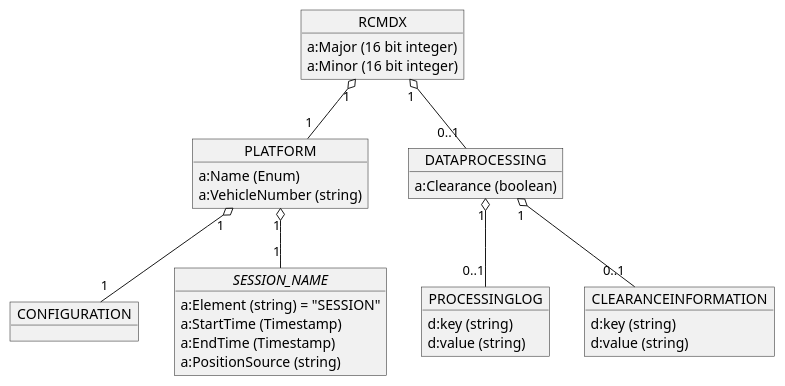
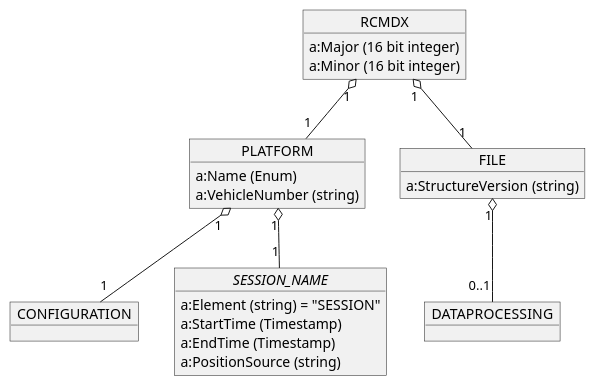
The second of 14 diagrams in images/rcm-dx-images.puml (OpenRailAssociation/rcm-dx), drawn with PlantUML before and after one commit. The commit also changed other lines of this file and 2 other files, not shown here.

Commit message:
Add proposed changes to Processing and Clearance

```diff
--- a/images/rcm-dx-images.puml
+++ b/images/rcm-dx-images.puml
@@ -43,43 +43,34 @@
 @startuml rcmdx_root_group
 
   object RCMDX {
     a:Major (16 bit integer)
     a:Minor (16 bit integer)
   }
-  
+ 
   object PLATFORM {
     a:Name (Enum)
     a:VehicleNumber (string)
   }
-
   RCMDX "1" o-- "1" PLATFORM
 
+  object FILE {
+    a:StructureVersion (string)
+  }
+  RCMDX "1" o-- "1" FILE
+
   object DATAPROCESSING {
-    a:Clearance (boolean)
   }
-  RCMDX "1" o-- "0..1" DATAPROCESSING
-
- object PROCESSINGLOG {
-    d:key (string)
-    d:value (string)
-  }
-  DATAPROCESSING "1" o-- "0..1" PROCESSINGLOG
-
-  object CLEARANCEINFORMATION {
-    d:key (string)
-    d:value (string)
-  }
-  DATAPROCESSING "1" o-- "0..1" CLEARANCEINFORMATION
+  FILE "1" o-- "0..1" DATAPROCESSING
 
   object "CONFIGURATION" as platform_config
   PLATFORM "1" o-- "1" platform_config
 
   object "//SESSION_NAME//" as session_name {
     a:Element (string) = "SESSION"
     a:StartTime (Timestamp)
     a:EndTime (Timestamp)
     a:PositionSource (string)
   } 
   PLATFORM "1" o-- "1" session_name
 
 @enduml
```
